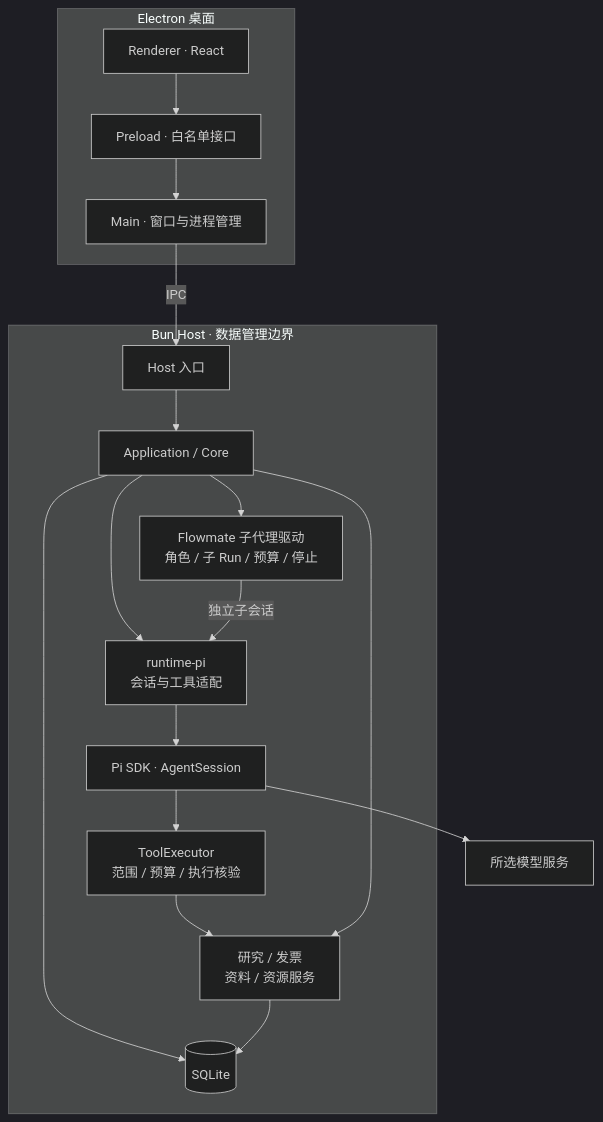
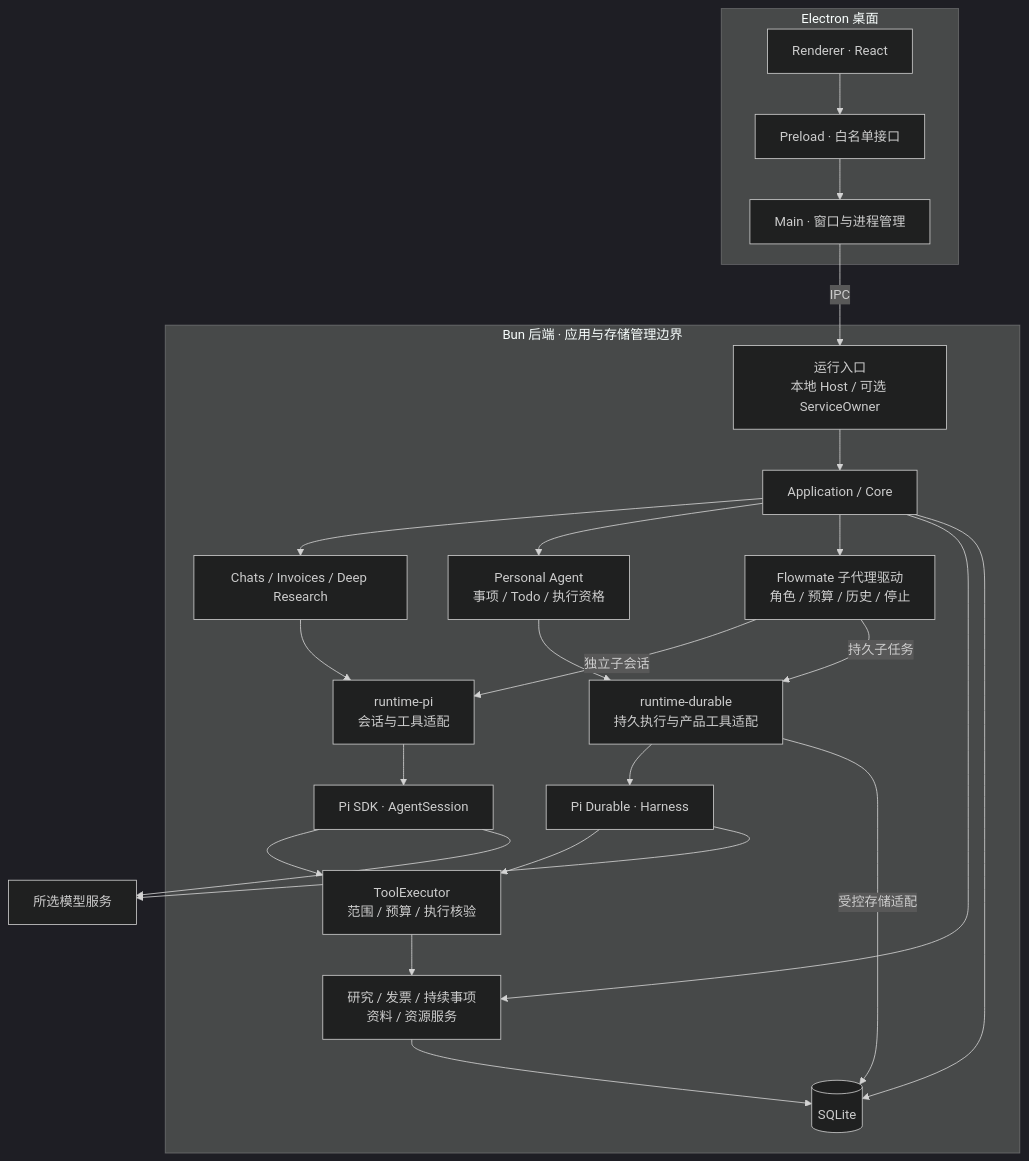
One commit to ChaoDiDiaoAA/Flowmate changed the sixth of 6 diagrams in README.md. Above: the diagram before and after it, drawn with Mermaid (dark theme). The commit also changed other lines of this file and 13 other files, not shown here.

````diff
--- a/README.md
+++ b/README.md
@@ -219,24 +273,32 @@
 ```mermaid
 flowchart TB
   subgraph Desktop["Electron 桌面"]
     Renderer["Renderer · React"] --> Preload["Preload · 白名单接口"]
     Preload --> Main["Main · 窗口与进程管理"]
   end
 
   Main -->|"IPC"| Host
 
-  subgraph Backend["Bun Host · 数据管理边界"]
-    Host["Host 入口"] --> App["Application / Core"]
-    App --> Adapter["runtime-pi<br/>会话与工具适配"]
-    App --> Subagent["Flowmate 子代理驱动<br/>角色 / 子 Run / 预算 / 停止"]
+  subgraph Backend["Bun 后端 · 应用与存储管理边界"]
+    Host["运行入口<br/>本地 Host / 可选 ServiceOwner"] --> App["Application / Core"]
+    App --> Sessions["Chats / Invoices / Deep Research"]
+    Sessions --> Adapter["runtime-pi<br/>会话与工具适配"]
+    App --> Personal["Personal Agent<br/>事项 / Todo / 执行资格"]
+    Personal --> DurableAdapter["runtime-durable<br/>持久执行与产品工具适配"]
+    App --> Subagent["Flowmate 子代理驱动<br/>角色 / 预算 / 历史 / 停止"]
     Subagent -->|"独立子会话"| Adapter
+    Subagent -->|"持久子任务"| DurableAdapter
     Adapter --> Pi["Pi SDK · AgentSession"]
+    DurableAdapter --> Durable["Pi Durable · Harness"]
     Pi --> Tools["ToolExecutor<br/>范围 / 预算 / 执行核验"]
-    Tools --> Domain["研究 / 发票<br/>资料 / 资源服务"]
+    Durable --> Tools
+    Tools --> Domain["研究 / 发票 / 持续事项<br/>资料 / 资源服务"]
     App --> Domain
     App --> DB[("SQLite")]
     Domain --> DB
+    DurableAdapter -->|"受控存储适配"| DB
   end
 
   Pi --> Model["所选模型服务"]
+  Durable --> Model
 ```
````
